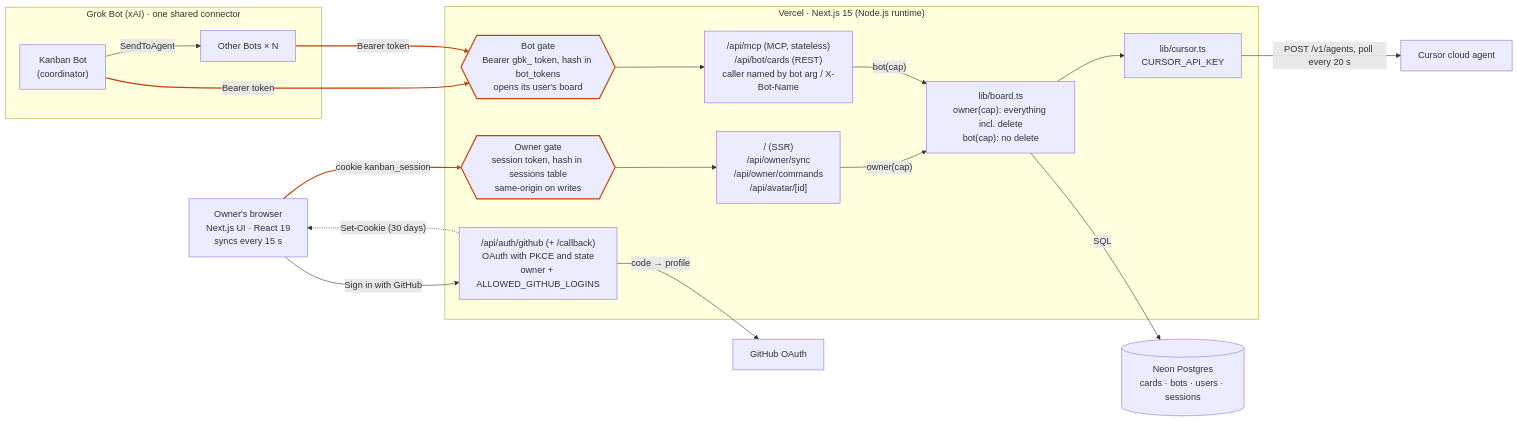
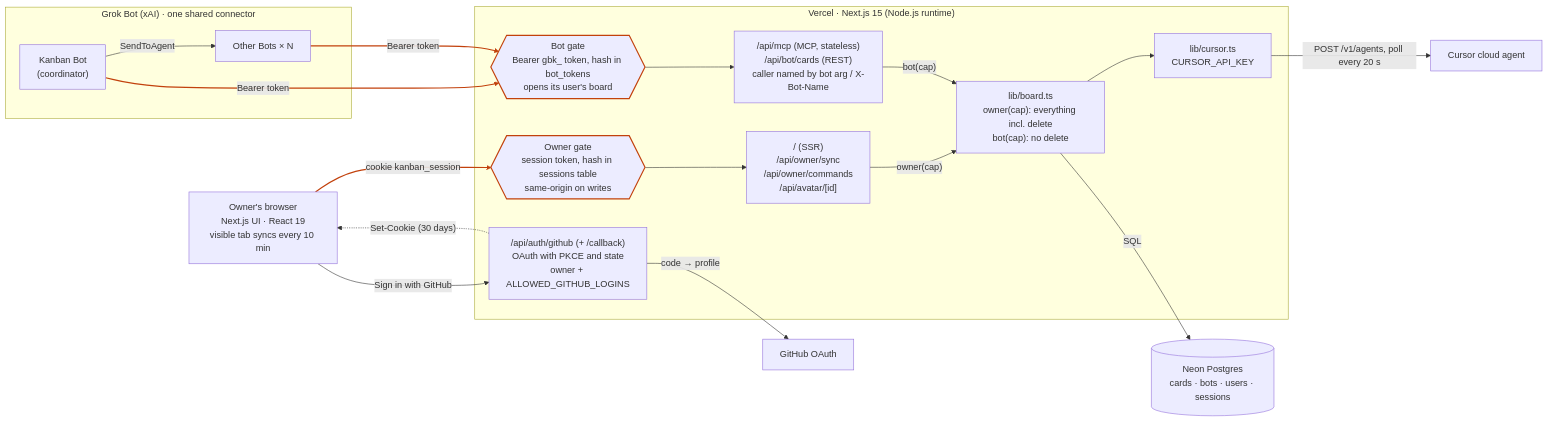
The first of 2 diagrams in docs/architecture.md (s-hiraoku/grokbot-kanban), drawn with Mermaid before and after one commit. The commit also changed other lines of this file and 17 other files, not shown here.

````diff
--- a/docs/architecture.md
+++ b/docs/architecture.md
@@ -7,38 +7,38 @@
 ```mermaid
 flowchart LR
-    browser["Owner's browser<br/>Next.js UI · React 19<br/>syncs every 15 s"]
+    browser["Owner's browser<br/>Next.js UI · React 19<br/>visible tab syncs every 10 min"]
     subgraph grok["Grok Bot (xAI) · one shared connector"]
         kanbanBot["Kanban Bot<br/>(coordinator)"]
         otherBots["Other Bots × N"]
         kanbanBot -- SendToAgent --> otherBots
     end
 
     subgraph vercel["Vercel · Next.js 15 (Node.js runtime)"]
         login["/api/auth/github (+ /callback)<br/>OAuth with PKCE and state<br/>owner + ALLOWED_GITHUB_LOGINS"]
         ownerGate{{"Owner gate<br/>session token, hash in sessions table<br/>same-origin on writes"}}
         ownerRoutes["/ (SSR)<br/>/api/owner/sync<br/>/api/owner/commands<br/>/api/avatar/[id]"]
         botGate{{"Bot gate<br/>Bearer gbk_ token, hash in bot_tokens<br/>opens its user's board"}}
         botRoutes["/api/mcp (MCP, stateless)<br/>/api/bot/cards (REST)<br/>caller named by bot arg / X-Bot-Name"]
         board["lib/board.ts<br/>owner(cap): everything incl. delete<br/>bot(cap): no delete"]
         cursorClient["lib/cursor.ts<br/>CURSOR_API_KEY"]
     end
 
     neon[("Neon Postgres<br/>cards · bots · users · sessions")]
     github["GitHub OAuth"]
     cursorAgent["Cursor cloud agent"]
 
     browser -- "Sign in with GitHub" --> login
     login -. "Set-Cookie (30 days)" .-> browser
     browser == "cookie kanban_session" ==> ownerGate
     ownerGate --> ownerRoutes -- "owner(cap)" --> board
     kanbanBot == "Bearer token" ==> botGate
     otherBots == "Bearer token" ==> botGate
     botGate --> botRoutes -- "bot(cap)" --> board
     board -- SQL --> neon
     board --> cursorClient -- "POST /v1/agents, poll every 20 s" --> cursorAgent
     login -- "code → profile" --> github
 
     classDef gate stroke:#c2410c,stroke-width:2px
     class ownerGate,botGate gate
     linkStyle 3,6,7 stroke:#c2410c,stroke-width:2px
 ```
````
